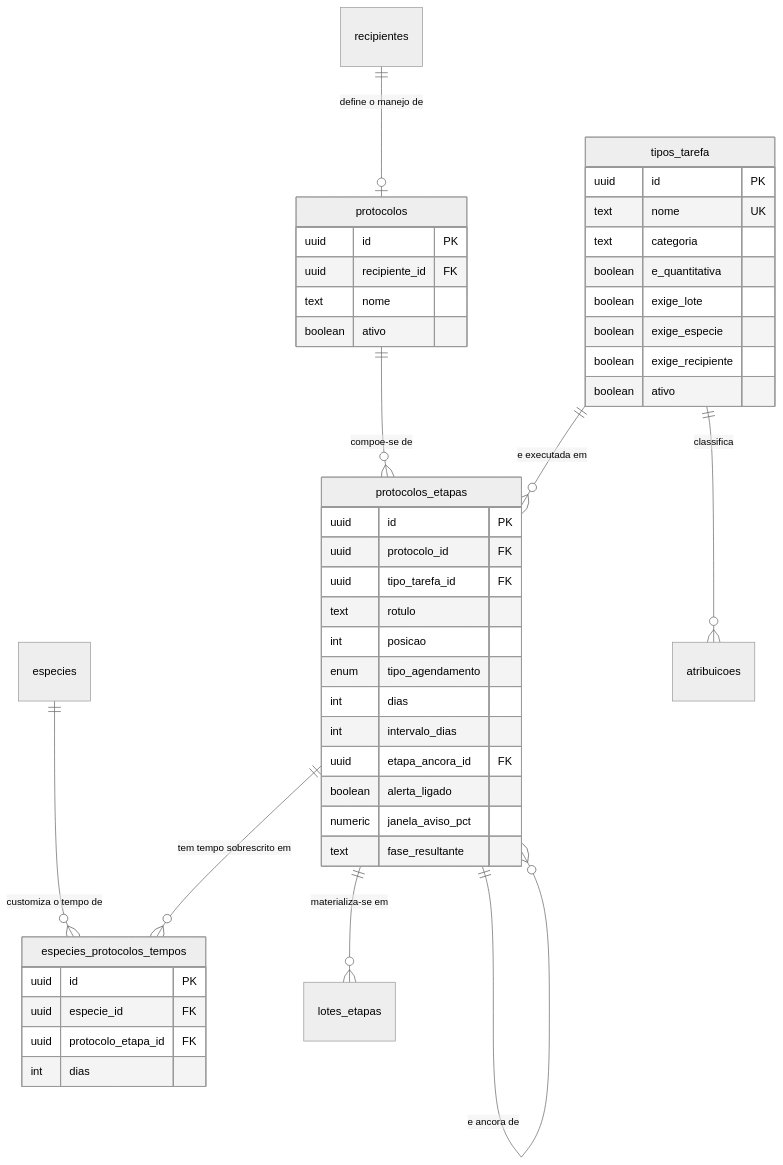
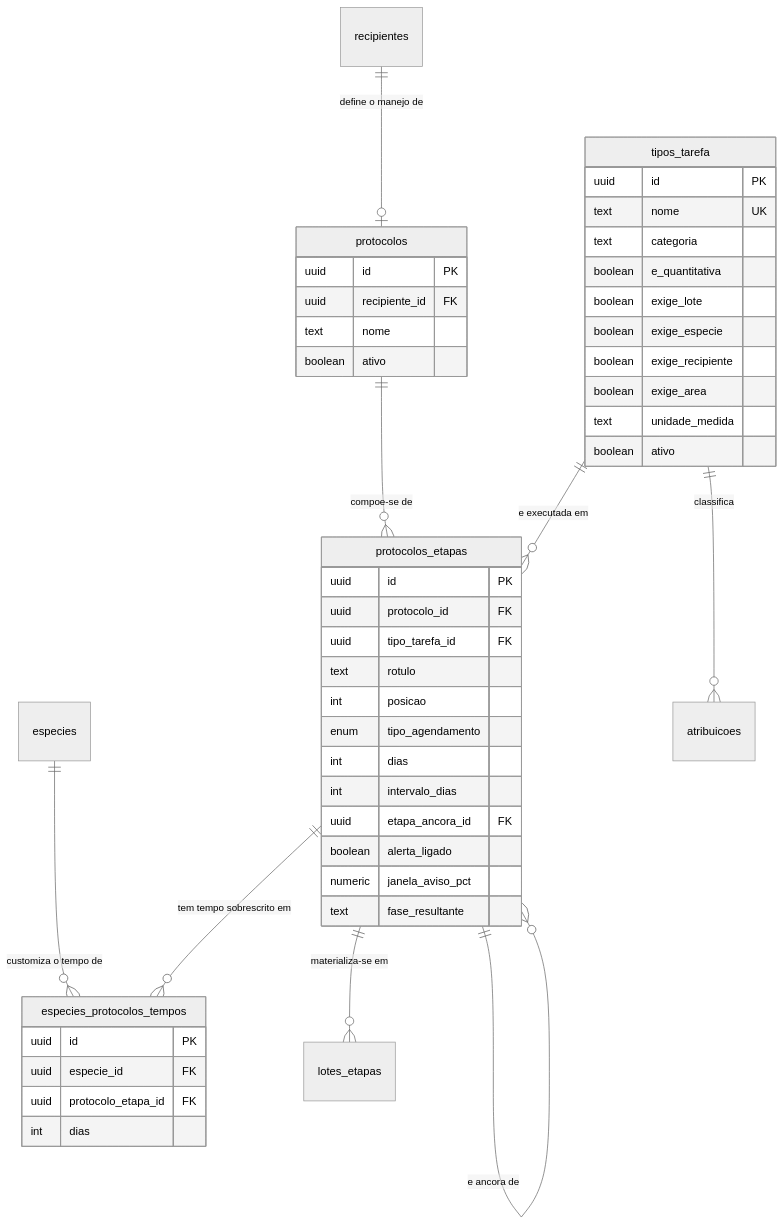
The diagram in docs/engenharia/modelo-dados-pt/mmd/fig13-cadastros-tarefa-protocolo.mmd (JoaoMudar/tcc), drawn with Mermaid (neutral theme) before and after one commit. The commit also changed 28 other files, not shown here.

First line of the commit message:
feat(agenda): declaracao de area e unidade da quantidade no tipo de tarefa

```diff
--- a/docs/engenharia/modelo-dados-pt/mmd/fig13-cadastros-tarefa-protocolo.mmd
+++ b/docs/engenharia/modelo-dados-pt/mmd/fig13-cadastros-tarefa-protocolo.mmd
@@ -1,50 +1,52 @@
 erDiagram
   tipos_tarefa {
     uuid    id PK
     text    nome UK
     text    categoria
     boolean e_quantitativa
     boolean exige_lote
     boolean exige_especie
     boolean exige_recipiente
+    boolean exige_area
+    text    unidade_medida
     boolean ativo
   }
   protocolos {
     uuid    id PK
     uuid    recipiente_id FK
     text    nome
     boolean ativo
   }
   protocolos_etapas {
     uuid    id PK
     uuid    protocolo_id FK
     uuid    tipo_tarefa_id FK
     text    rotulo
     int     posicao
     enum    tipo_agendamento
     int     dias
     int     intervalo_dias
     uuid    etapa_ancora_id FK
     boolean alerta_ligado
     numeric janela_aviso_pct
     text    fase_resultante
   }
   especies_protocolos_tempos {
     uuid id PK
     uuid especie_id FK
     uuid protocolo_etapa_id FK
     int  dias
   }
   recipientes {}
   especies {}
   atribuicoes {}
   lotes_etapas {}
 
   recipientes ||--o| protocolos        : "define o manejo de"
   protocolos  ||--o{ protocolos_etapas : "compoe-se de"
   protocolos_etapas ||--o{ protocolos_etapas : "e ancora de"
   tipos_tarefa ||--o{ protocolos_etapas : "e executada em"
   tipos_tarefa ||--o{ atribuicoes       : "classifica"
   especies    ||--o{ especies_protocolos_tempos : "customiza o tempo de"
   protocolos_etapas ||--o{ especies_protocolos_tempos : "tem tempo sobrescrito em"
   protocolos_etapas ||--o{ lotes_etapas : "materializa-se em"
```
